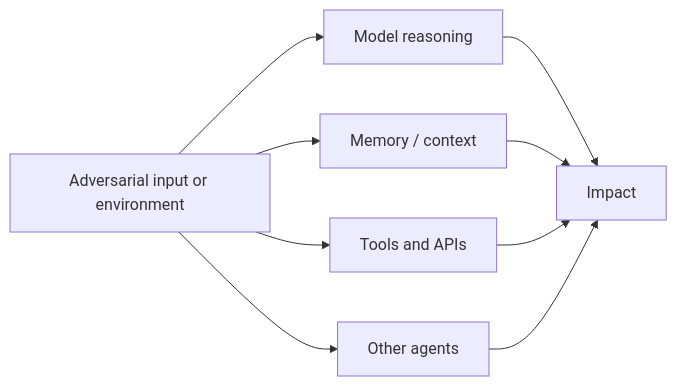
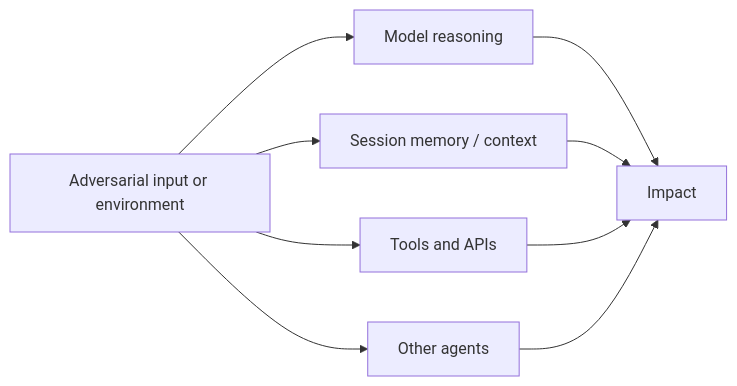
One commit to naren-allam/agents-beginners changed diagram 11 of 14 in book/chapters/chapter-04-ensuring-safe-and-responsible-agentic-ai.md. Above: the diagram before and after it, drawn with Mermaid. The commit also changed other lines of this file and 28 other files, not shown here.

````diff
--- a/book/chapters/chapter-04-ensuring-safe-and-responsible-agentic-ai.md
+++ b/book/chapters/chapter-04-ensuring-safe-and-responsible-agentic-ai.md
@@ -340,18 +341,18 @@
 ```mermaid
 flowchart LR
     Attacker["Adversarial input or environment"]
     Model["Model reasoning"]
-    Memory["Memory / context"]
+    Memory["Session memory / context"]
     Tools["Tools and APIs"]
     Agents["Other agents"]
     Impact["Impact"]
 
     Attacker --> Model
     Attacker --> Memory
     Attacker --> Tools
     Attacker --> Agents
     Model --> Impact
     Memory --> Impact
     Tools --> Impact
     Agents --> Impact
 ```
````
